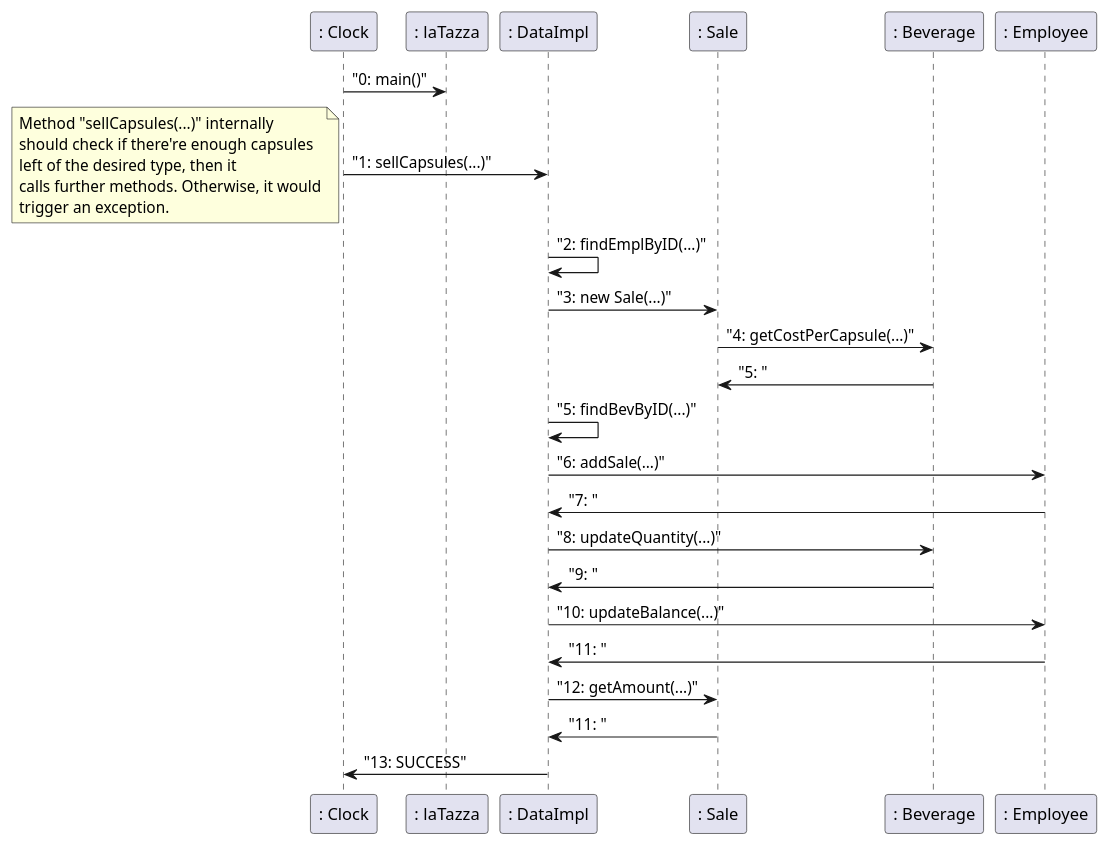
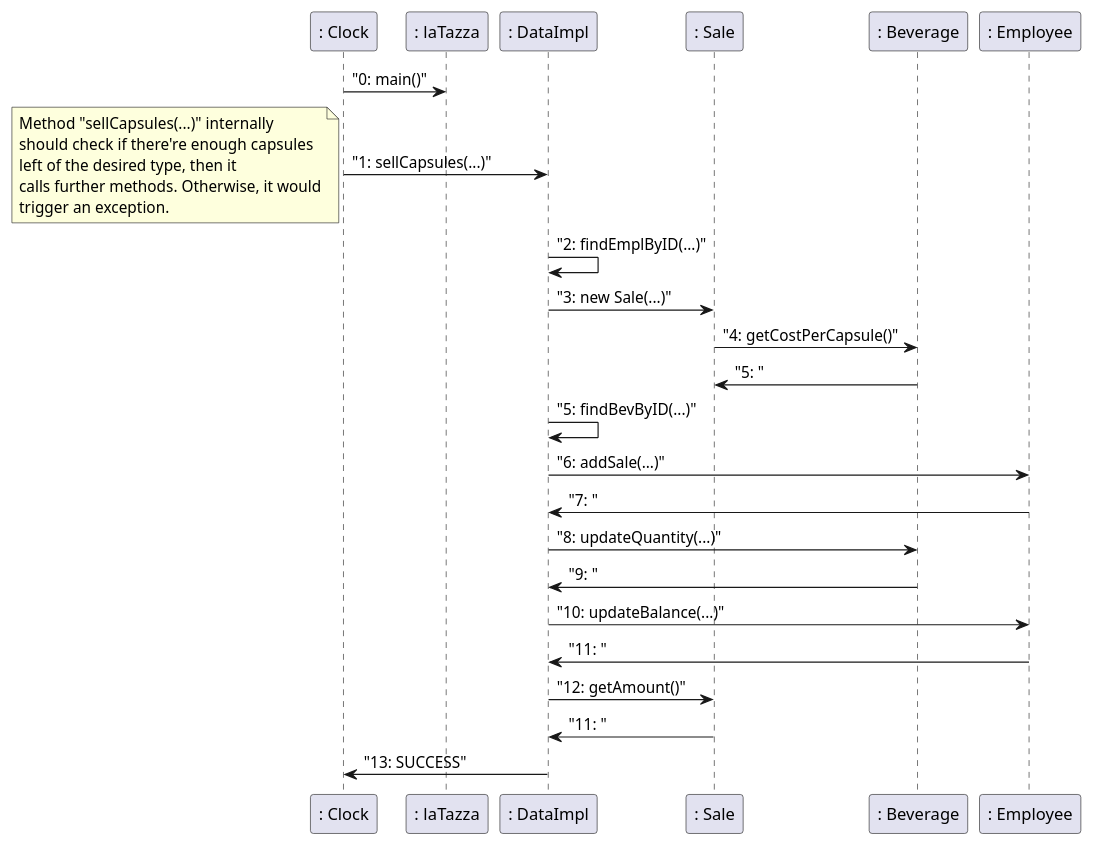
One commit to DarkSee/LaTazza changed the third of 4 diagrams in templates/DesignDocumentTemplate.md. Above: the diagram before and after it, drawn with PlantUML. The commit also changed other lines of this file, not shown here.

````diff
--- a/templates/DesignDocumentTemplate.md
+++ b/templates/DesignDocumentTemplate.md
@@ -226,32 +221,32 @@
 ```plantuml
 
 ": Clock" -> ": laTazza": "0: main()"
 ": Clock" -> ": DataImpl": "1: sellCapsules(...)"
 note left
         Method "sellCapsules(...)" internally
         should check if there're enough capsules 
         left of the desired type, then it 
         calls further methods. Otherwise, it would
         trigger an exception.
 end note
 ": DataImpl" -> ": DataImpl": "2: findEmplByID(...)"
 ": DataImpl" -> ": Sale": "3: new Sale(...)"
-": Sale" -> ": Beverage": "4: getCostPerCapsule(...)"
+": Sale" -> ": Beverage": "4: getCostPerCapsule()"
 ": Sale" <-": Beverage": "5: "
 ": DataImpl" -> ": DataImpl": "5: findBevByID(...)"
 ": DataImpl" -> ": Employee": "6: addSale(...)"
 ": Employee" -> ": DataImpl": "7: "
 
 ": DataImpl" -> ": Beverage": "8: updateQuantity(...)"
 ": Beverage" -> ": DataImpl": "9: "
 
 
 ": DataImpl" -> ": Employee": "10: updateBalance(...)"
 ": Employee" -> ": DataImpl": "11: "
 
-": DataImpl" -> ": Sale": "12: getAmount(...)"
+": DataImpl" -> ": Sale": "12: getAmount()"
 ": Sale" -> ": DataImpl": "11: "
 
 ": DataImpl" -> ": Clock": "13: SUCCESS"
 
 ```
````
